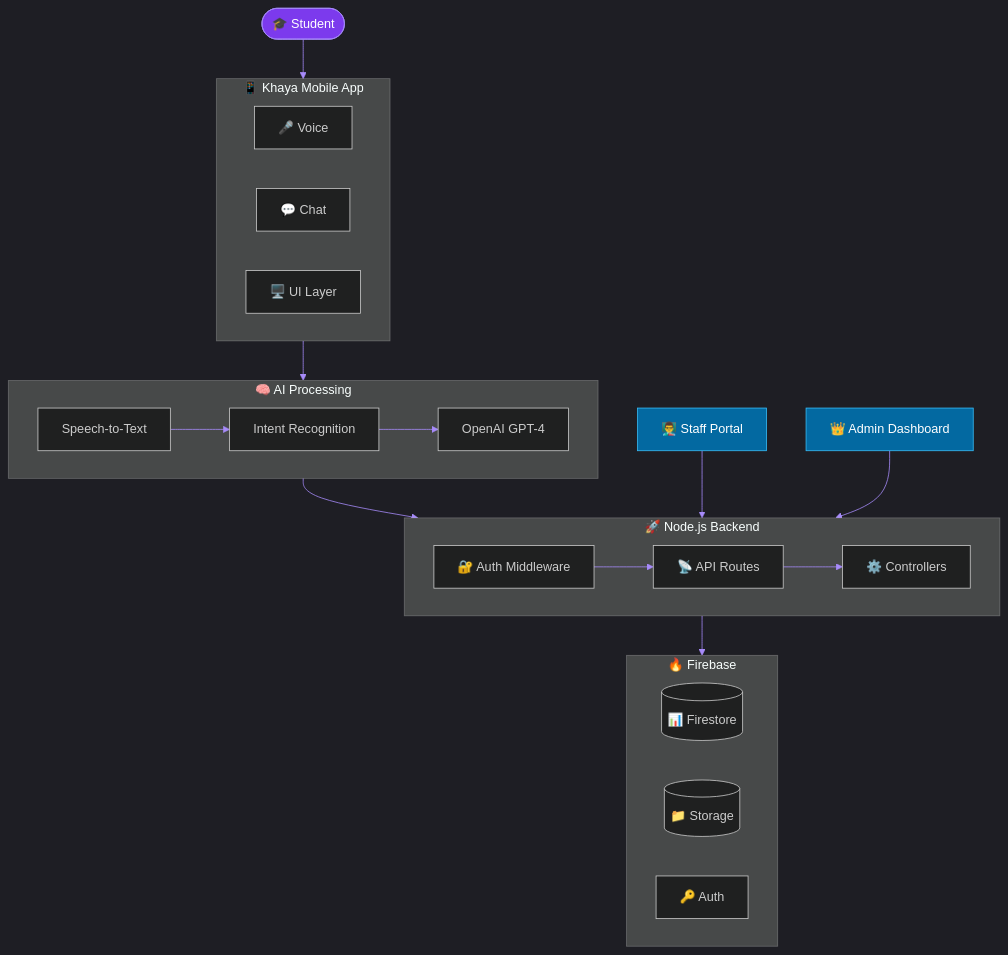
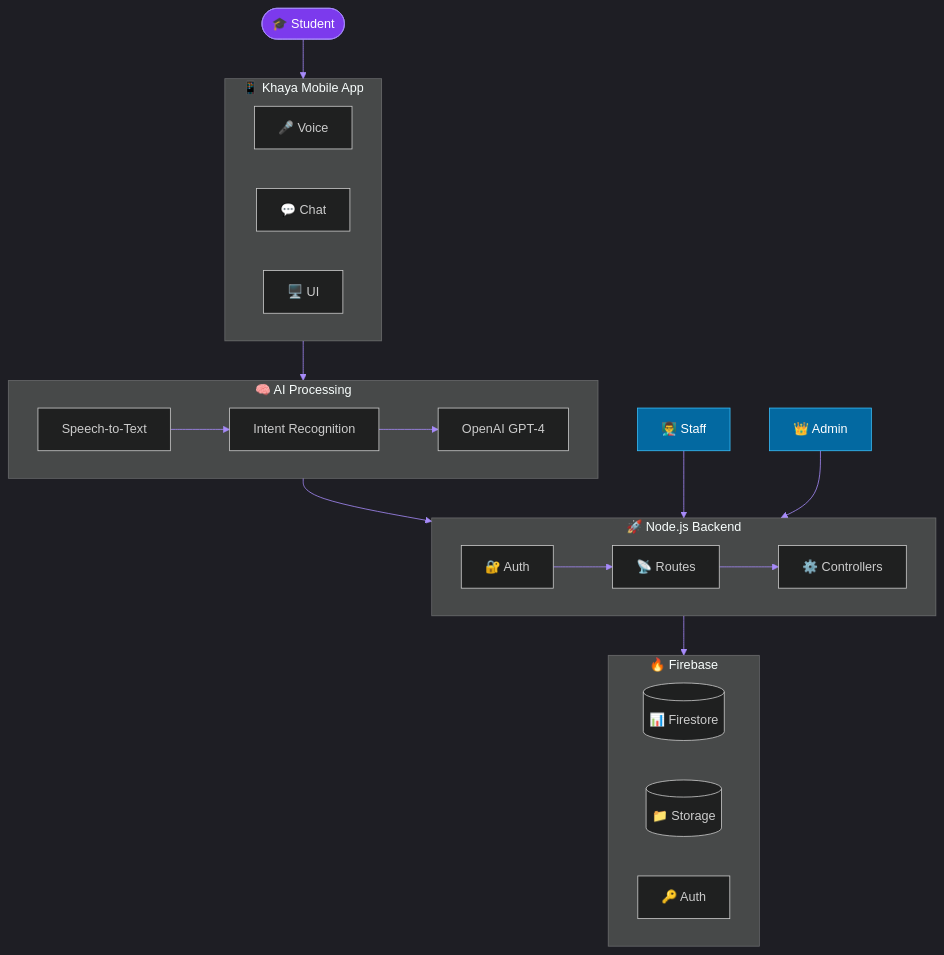
One commit to LuthandoCandlovu/ikhaya-app changed the diagram in README.md. Above: the diagram before and after it, drawn with Mermaid. The commit also changed other lines of this file, not shown here.

````diff
--- a/README.md
+++ b/README.md
@@ -220,45 +237,33 @@
 ```mermaid
-%%{init: {'theme': 'dark', 'themeVariables': { 'primaryColor': '#7c3aed', 'primaryTextColor': '#fff', 'primaryBorderColor': '#a78bfa', 'lineColor': '#a78bfa', 'secondaryColor': '#1e1b4b', 'tertiaryColor': '#0f172a'}}}%%
-
+%%{init: {'theme': 'dark', 'themeVariables': {'primaryColor':'#7c3aed','primaryTextColor':'#fff','primaryBorderColor':'#a78bfa','lineColor':'#a78bfa','secondaryColor':'#1e1b4b','tertiaryColor':'#0f172a'}}}%%
 flowchart TD
     U(["🎓 Student"]):::user --> APP
 
     subgraph APP["📱 Khaya Mobile App"]
-        direction LR
-        V["🎤 Voice"]
-        C["💬 Chat"]
-        UI["🖥️ UI Layer"]
+        V["🎤 Voice"] & C["💬 Chat"] & UI["🖥️ UI"]
     end
 
     APP --> AI
 
     subgraph AI["🧠 AI Processing"]
-        STT["Speech-to-Text"]
-        NLU["Intent Recognition"]
-        GPT["OpenAI GPT-4"]
-        STT --> NLU --> GPT
+        STT["Speech-to-Text"] --> NLU["Intent Recognition"] --> GPT["OpenAI GPT-4"]
     end
 
     AI --> API
 
     subgraph API["🚀 Node.js Backend"]
-        AUTH["🔐 Auth Middleware"]
-        ROUTES["📡 API Routes"]
-        CTRL["⚙️ Controllers"]
-        AUTH --> ROUTES --> CTRL
+        AUTH["🔐 Auth"] --> ROUTES["📡 Routes"] --> CTRL["⚙️ Controllers"]
     end
 
     API --> DB
 
     subgraph DB["🔥 Firebase"]
-        FS[("📊 Firestore")]
-        ST[("📁 Storage")]
-        FK["🔑 Auth"]
+        FS[("📊 Firestore")] & ST[("📁 Storage")] & FK["🔑 Auth"]
     end
 
-    STAFF["👨‍🏫 Staff Portal"]:::external --> API
-    ADMIN["👑 Admin Dashboard"]:::external --> API
+    STAFF["👨‍🏫 Staff"]:::ext --> API
+    ADMIN["👑 Admin"]:::ext --> API
 
     classDef user fill:#7c3aed,stroke:#a78bfa,color:#fff
-    classDef external fill:#0369a1,stroke:#38bdf8,color:#fff
+    classDef ext fill:#0369a1,stroke:#38bdf8,color:#fff
 ```
````
